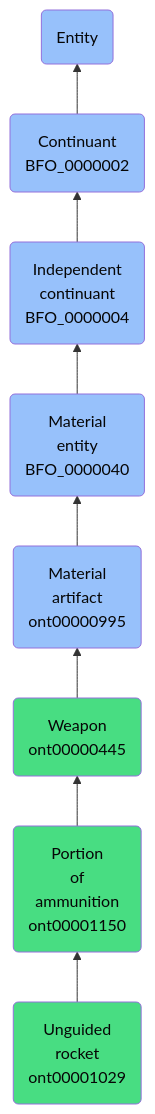
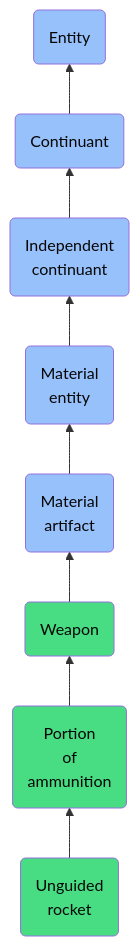
The diagram in docs/ontology/reference/model/Entity/Continuant/Independent continuant/Material entity/Material artifact/Weapon/Portion of ammunition/Unguided rocket/Unguided rocket.md (jupyter-naas/abi), drawn with Mermaid before and after one commit. The commit also changed other lines of this file and 1430 other files, not shown here.

````diff
--- a/docs/ontology/reference/model/Entity/Continuant/Independent continuant/Material entity/Material artifact/Weapon/Portion of ammunition/Unguided rocket/Unguided rocket.md
+++ b/docs/ontology/reference/model/Entity/Continuant/Independent continuant/Material entity/Material artifact/Weapon/Portion of ammunition/Unguided rocket/Unguided rocket.md
@@ -24,15 +24,15 @@
 ```mermaid
 graph BT
-    ont00001029(Unguided<br>rocket<br>ont00001029):::ABI-->ont00001150
-    ont00001150(Portion<br>of<br>ammunition<br>ont00001150):::ABI-->ont00000445
-    ont00000445(Weapon<br>ont00000445):::ABI-->ont00000995
-    ont00000995(Material<br>artifact<br>ont00000995):::BFO-->BFO_0000040
-    BFO_0000040(Material<br>entity<br>BFO_0000040):::BFO-->BFO_0000004
-    BFO_0000004(Independent<br>continuant<br>BFO_0000004):::BFO-->BFO_0000002
-    BFO_0000002(Continuant<br>BFO_0000002):::BFO-->BFO_0000001
+    ont00001029(Unguided<br>rocket):::ABI-->ont00001150
+    ont00001150(Portion<br>of<br>ammunition):::ABI-->ont00000445
+    ont00000445(Weapon):::ABI-->ont00000995
+    ont00000995(Material<br>artifact):::BFO-->BFO_0000040
+    BFO_0000040(Material<br>entity):::BFO-->BFO_0000004
+    BFO_0000004(Independent<br>continuant):::BFO-->BFO_0000002
+    BFO_0000002(Continuant):::BFO-->BFO_0000001
     BFO_0000001(Entity):::BFO
     
     classDef BFO fill:#97c1fb,color:#060606
     classDef CCO fill:#e4c51e,color:#060606
     classDef ABI fill:#48DD82,color:#060606
 ```
````
